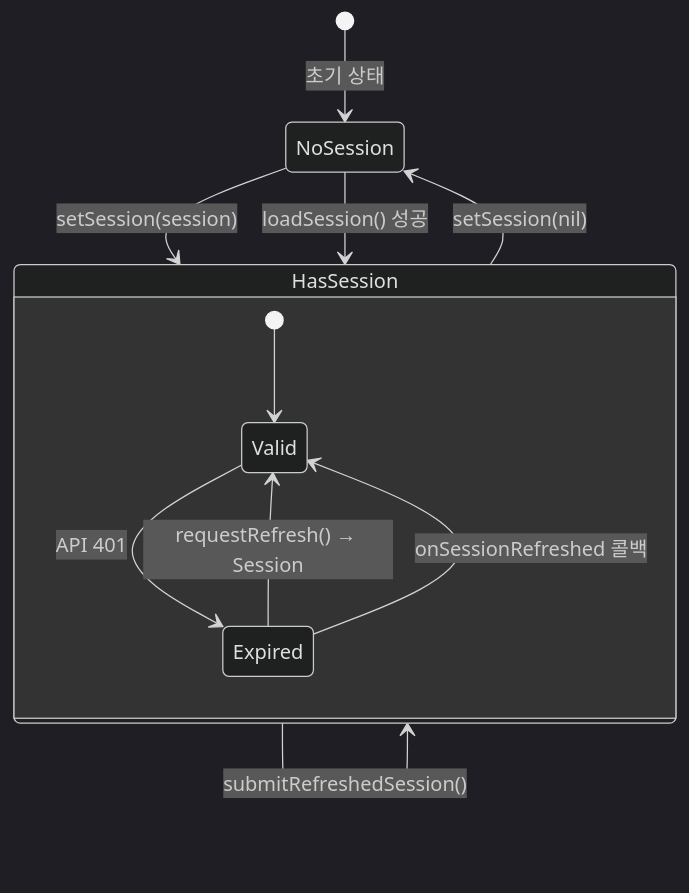
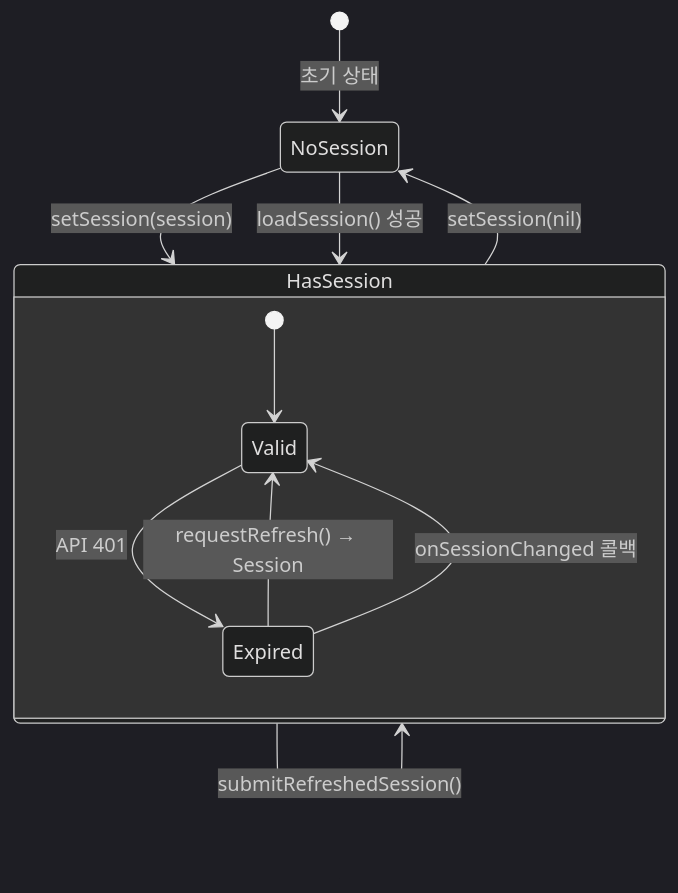
One commit to sendbird/sendbird-auth-ios changed the fourth of 4 diagrams in documents/SessionProvider_specification.md. Above: the diagram before and after it, drawn with Mermaid (dark theme). The commit also changed other lines of this file and 4 other files, not shown here.

````diff
--- a/documents/SessionProvider_specification.md
+++ b/documents/SessionProvider_specification.md
@@ -198,17 +183,17 @@
 ```mermaid
 stateDiagram-v2
     [*] --> NoSession: 초기 상태
 
     NoSession --> HasSession: setSession(session)
     NoSession --> HasSession: loadSession() 성공
 
     HasSession --> HasSession: submitRefreshedSession()
     HasSession --> NoSession: setSession(nil)
 
     state HasSession {
         [*] --> Valid
         Valid --> Expired: API 401
         Expired --> Valid: requestRefresh() → Session
-        Expired --> Valid: onSessionRefreshed 콜백
+        Expired --> Valid: onSessionChanged 콜백
     }
 ```
````
